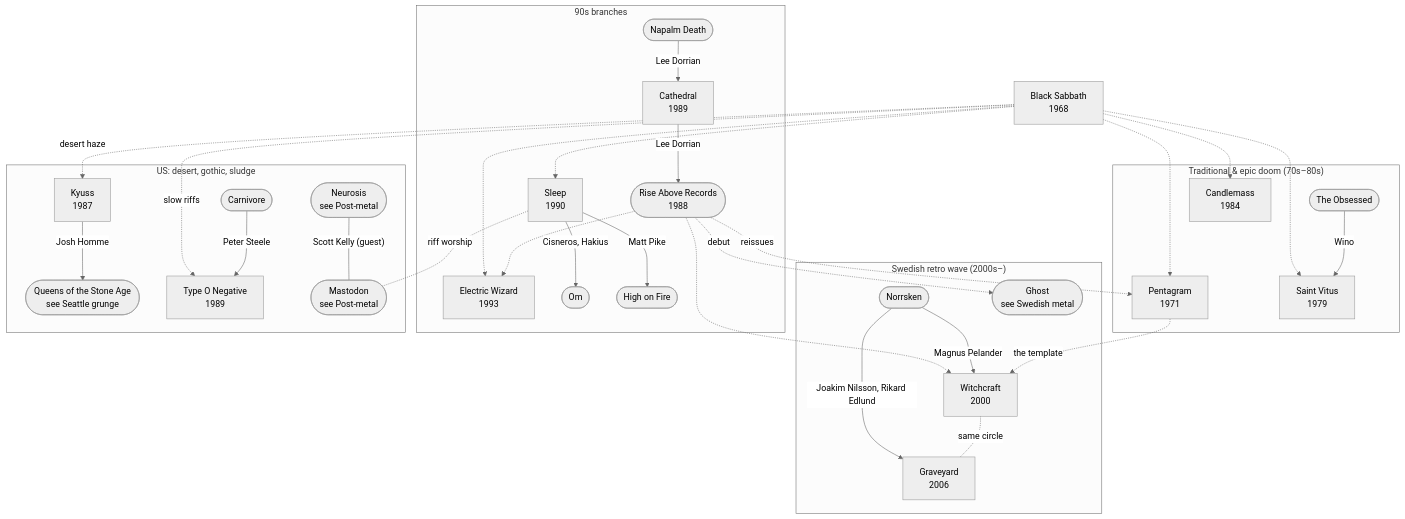
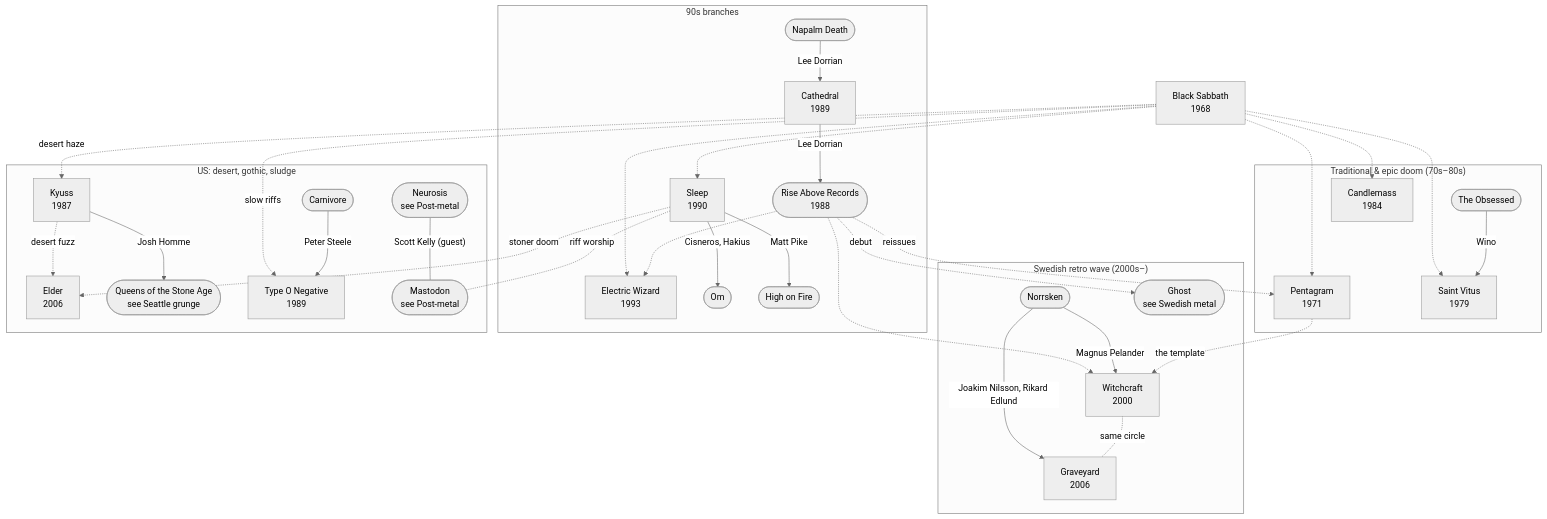
Before and after one commit to zrrbite/music-scenes: the diagram in doom/connections.md, drawn with Mermaid (neutral theme). The commit also changed 6 other files, not shown here.

First line of the commit message:
Add Elder to doom; cross-list Queens of the Stone Age there

````diff
--- a/doom/connections.md
+++ b/doom/connections.md
@@ -9,58 +9,61 @@
 ```mermaid
 flowchart TD
     BS["Black Sabbath<br/>1968"]
     subgraph CULT["Traditional & epic doom (70s–80s)"]
         PEN["Pentagram<br/>1971"]
         OBS(["The Obsessed"])
         SV["Saint Vitus<br/>1979"]
         CAN["Candlemass<br/>1984"]
     end
     subgraph NINE["90s branches"]
         ND(["Napalm Death"])
         CAT["Cathedral<br/>1989"]
         RA(["Rise Above Records<br/>1988"])
         SLP["Sleep<br/>1990"]
         EW["Electric Wizard<br/>1993"]
         OM(["Om"])
         HOF(["High on Fire"])
     end
     subgraph SWE["Swedish retro wave (2000s–)"]
         NOR(["Norrsken"])
         WC["Witchcraft<br/>2000"]
         GY["Graveyard<br/>2006"]
         GHOST(["Ghost<br/>see Swedish metal"])
     end
     subgraph US2["US: desert, gothic, sludge"]
         KYUSS["Kyuss<br/>1987"]
+        ELDER["Elder<br/>2006"]
         QOTSA(["Queens of the Stone Age<br/>see Seattle grunge"])
         TON["Type O Negative<br/>1989"]
         CARN(["Carnivore"])
         MAST(["Mastodon<br/>see Post-metal"])
         NEU(["Neurosis<br/>see Post-metal"])
     end
 
     BS -.-> PEN
     BS -.-> SV
     BS -.-> CAN
     BS -.-> SLP
     BS -.-> EW
     OBS -- "Wino" --> SV
     ND -- "Lee Dorrian" --> CAT
     CAT -- "Lee Dorrian" --> RA
     RA -.-> EW
     RA -.-> WC
     RA -. "reissues" .-> PEN
     SLP -- "Cisneros, Hakius" --> OM
     SLP -- "Matt Pike" --> HOF
     NOR -- "Magnus Pelander" --> WC
     NOR -- "Joakim Nilsson, Rikard Edlund" --> GY
     PEN -. "the template" .-> WC
     WC -. "same circle" .- GY
     RA -. "debut" .-> GHOST
     BS -. "desert haze" .-> KYUSS
     KYUSS -- "Josh Homme" --> QOTSA
+    KYUSS -. "desert fuzz" .-> ELDER
+    SLP -. "stoner doom" .-> ELDER
     BS -. "slow riffs" .-> TON
     CARN -- "Peter Steele" --> TON
     NEU -- "Scott Kelly (guest)" --- MAST
     SLP -. "riff worship" .- MAST
 ```
````
